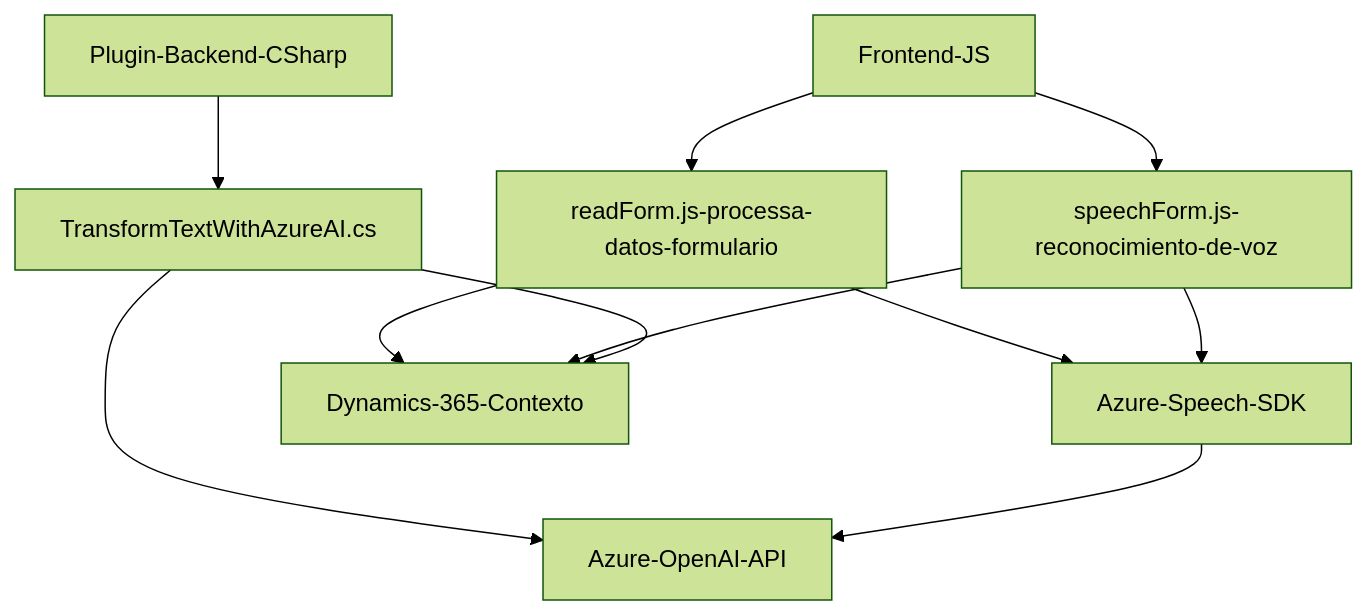
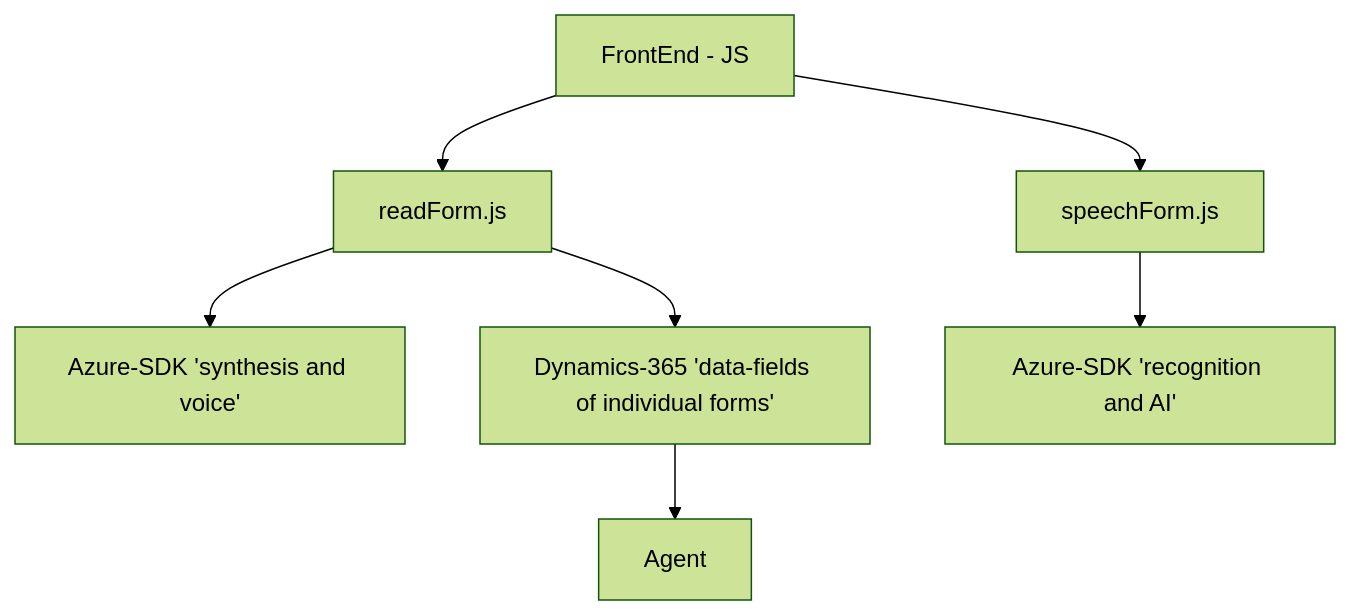
Before and after one commit to blopezdm/NETCORE_BILBAO2025: the diagram in README.md, drawn with Mermaid (forest theme). The commit also changed other lines of this file, not shown here.

````diff
--- a/README.md
+++ b/README.md
@@ -46,13 +63,9 @@
 ```mermaid
 graph TD
-    A[Frontend-JS] --> B["readForm.js-processa-datos-formulario"]
-    A --> C["speechForm.js-reconocimiento-de-voz"]
-    B --> D["Azure-Speech-SDK"]
-    C --> D
-    B --> E["Dynamics-365-Contexto"]
-    C --> E
-    F[Plugin-Backend-CSharp] --> G["TransformTextWithAzureAI.cs"]
-    G --> H["Azure-OpenAI-API"]
-    G --> E
-    D --> H
+    A["FrontEnd - JS"] --> B["readForm.js"]
+    A --> C["speechForm.js"]
+    B --> D["Azure-SDK 'synthesis and voice'"]
+    C --> E["Azure-SDK 'recognition and AI'"]
+    B --> F["Dynamics-365 'data-fields of individual forms'"]
+    F --> G["Agent"]
 ```
````
